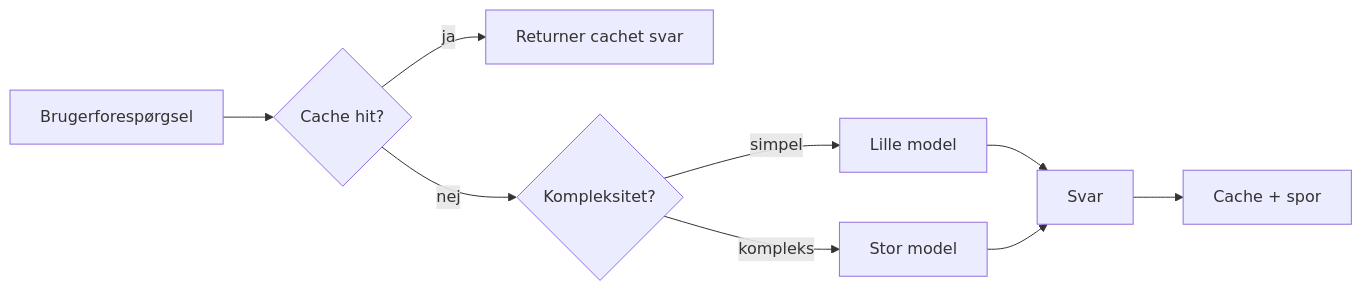
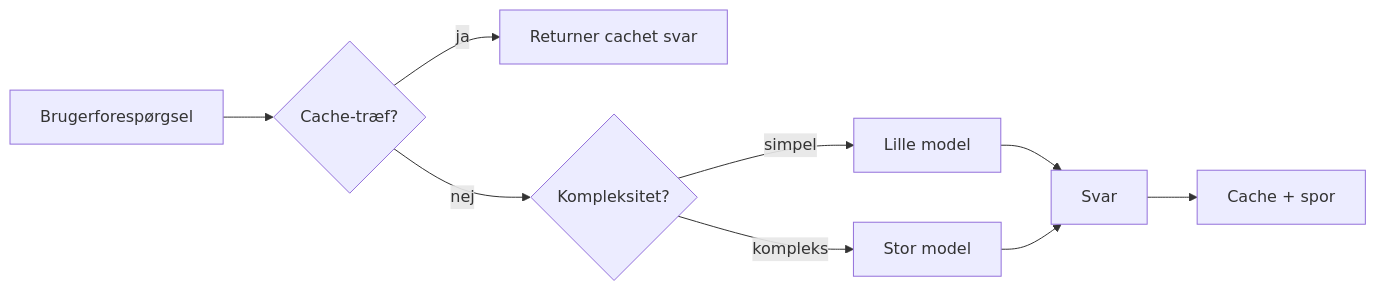
One commit to gabrielmoreira/agent-skills-mirror changed the third of 4 diagrams in mirrors/repos/microsoft@ai-agents-for-beginners/translations/da/16-deploying-scalable-agents/README.md. Above: the diagram before and after it, drawn with Mermaid. The commit also changed other lines of this file and 4262 other files, not shown here.

````diff
--- a/mirrors/repos/microsoft@ai-agents-for-beginners/translations/da/16-deploying-scalable-agents/README.md
+++ b/mirrors/repos/microsoft@ai-agents-for-beginners/translations/da/16-deploying-scalable-agents/README.md
@@ -134,11 +134,11 @@
 ```mermaid
 flowchart LR
-    Q[Brugerforespørgsel] --> C{Cache hit?}
+    Q[Brugerforespørgsel] --> C{Cache-træf?}
     C -->|ja| R[Returner cachet svar]
     C -->|nej| Router{Kompleksitet?}
     Router -->|simpel| SLM[Lille model]
     Router -->|kompleks| LLM[Stor model]
     SLM --> Out[Svar]
     LLM --> Out
     Out --> Store[Cache + spor]
 ```
````
